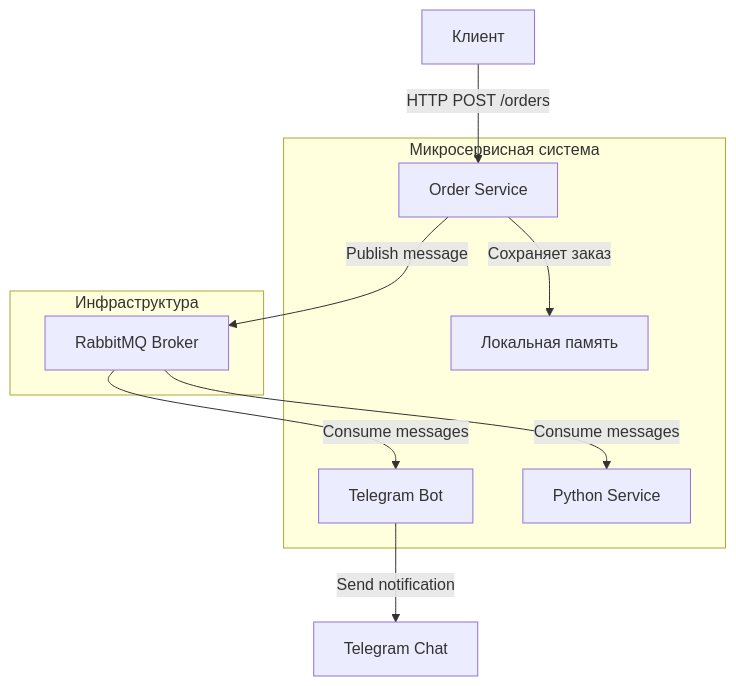
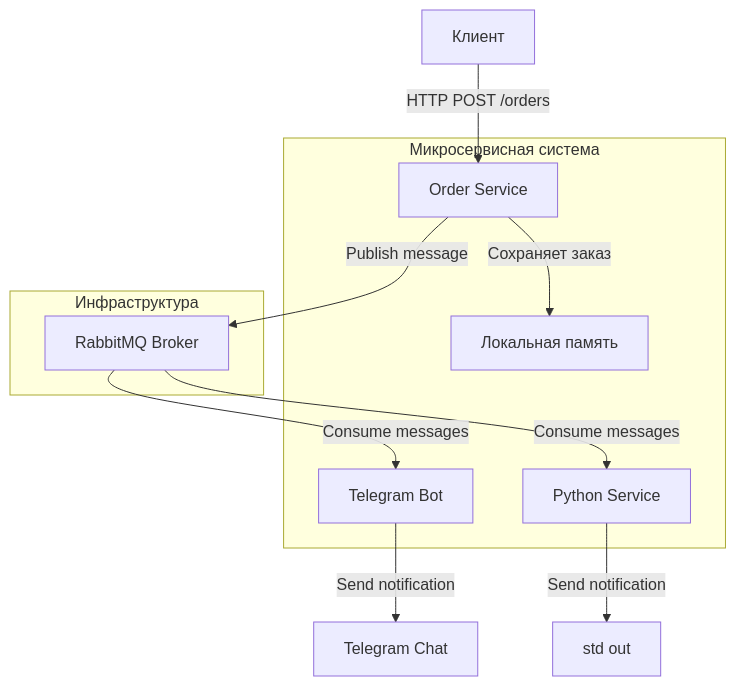
Before and after one commit to artemmj/PyRabbitMQService: the diagram in README.md, drawn with Mermaid.

````diff
--- a/README.md
+++ b/README.md
@@ -13,20 +13,21 @@
 ```mermaid
 graph TD
     A[Клиент] -->|HTTP POST /orders| B[Order Service]
     B -->|Сохраняет заказ| C[Локальная память]
     B -->|Publish message| D[RabbitMQ]
     D -->|Consume messages| E[Telegram Bot]
     D -->|Consume messages| G[Python Service]
     E -->|Send notification| F[Telegram Chat]
+    G -->|Send notification| H[std out]
     
     subgraph "Микросервисная система"
         B
         C
         G
         E
     end
     
     subgraph "Инфраструктура"
         D[RabbitMQ Broker]
     end
 ```
````
